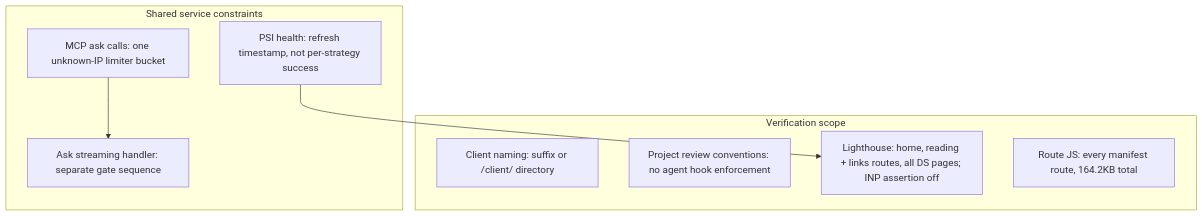
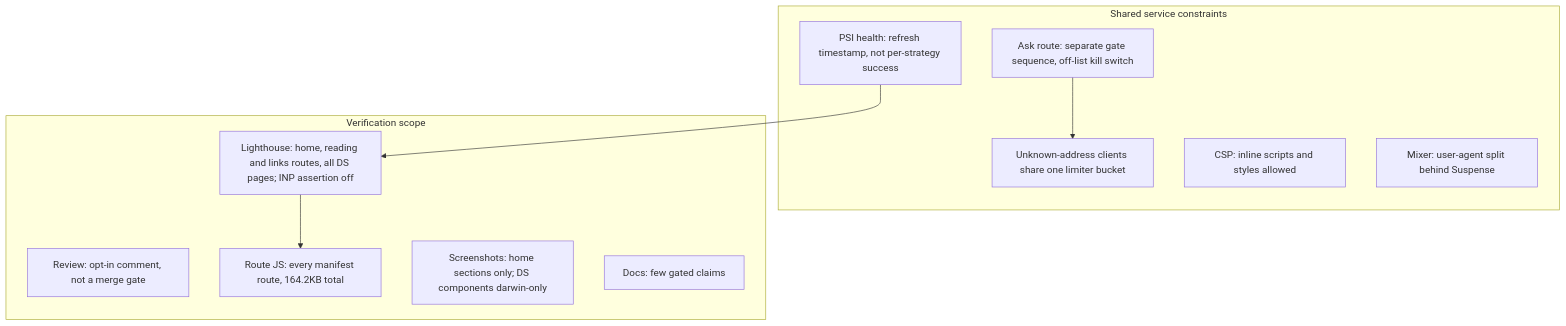
One commit to erikunha/portfolio changed the diagram in docs/10-findings-and-debt.md. Above: the diagram before and after it, drawn with Mermaid. The commit also changed other lines of this file and 50 other files, not shown here.

````diff
--- a/docs/10-findings-and-debt.md
+++ b/docs/10-findings-and-debt.md
@@ -39,16 +51,20 @@
 ```mermaid
 flowchart TD
     subgraph shared["Shared service constraints"]
-        mcp["MCP ask calls: one unknown-IP limiter bucket"]
-        ask["Ask streaming handler: separate gate sequence"]
+        ask["Ask route: separate gate sequence, off-list kill switch"]
+        bucket["Unknown-address clients share one limiter bucket"]
+        csp["CSP: inline scripts and styles allowed"]
         psi["PSI health: refresh timestamp, not per-strategy success"]
+        ua["Mixer: user-agent split behind Suspense"]
     end
     subgraph coverage["Verification scope"]
-        naming["Client naming: suffix or /client/ directory"]
-        hooks["Project review conventions: no agent hook enforcement"]
-        perf["Lighthouse: home, reading + links routes, all DS pages; INP assertion off"]
+        review["Review: opt-in comment, not a merge gate"]
+        perf["Lighthouse: home, reading and links routes, all DS pages; INP assertion off"]
         js["Route JS: every manifest route, 164.2KB total"]
+        visual["Screenshots: home sections only; DS components darwin-only"]
+        docs["Docs: few gated claims"]
     end
-    mcp --> ask
+    ask --> bucket
     psi --> perf
+    perf --> js
 ```
````
